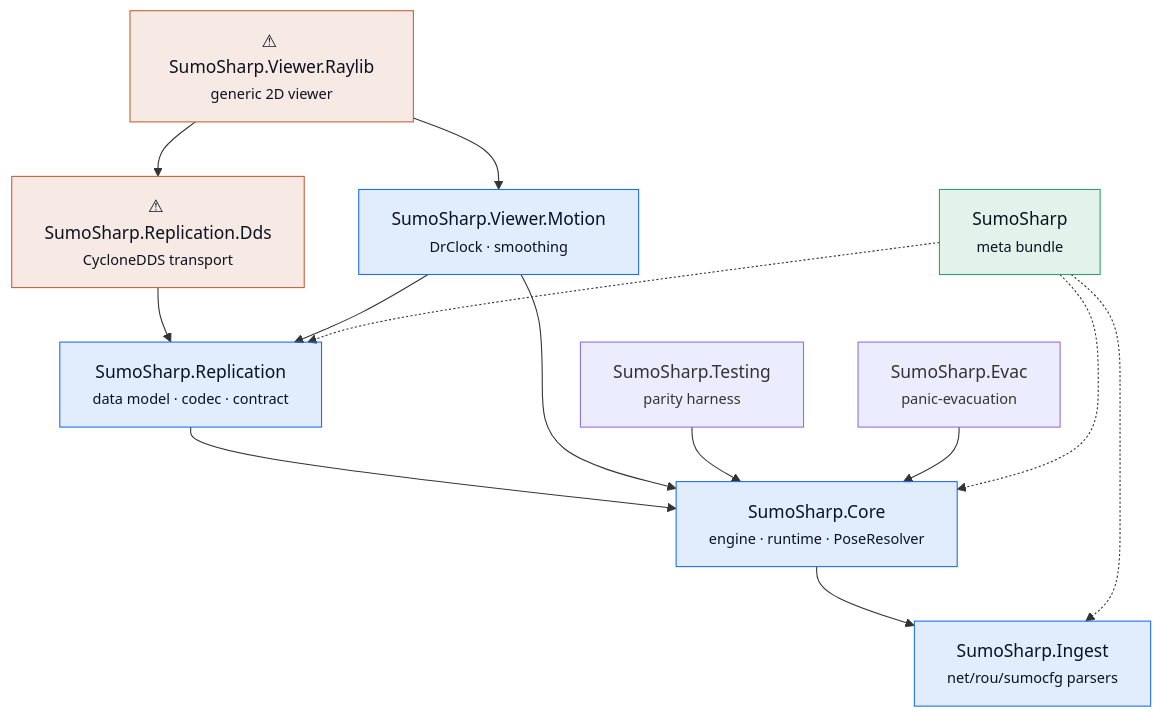
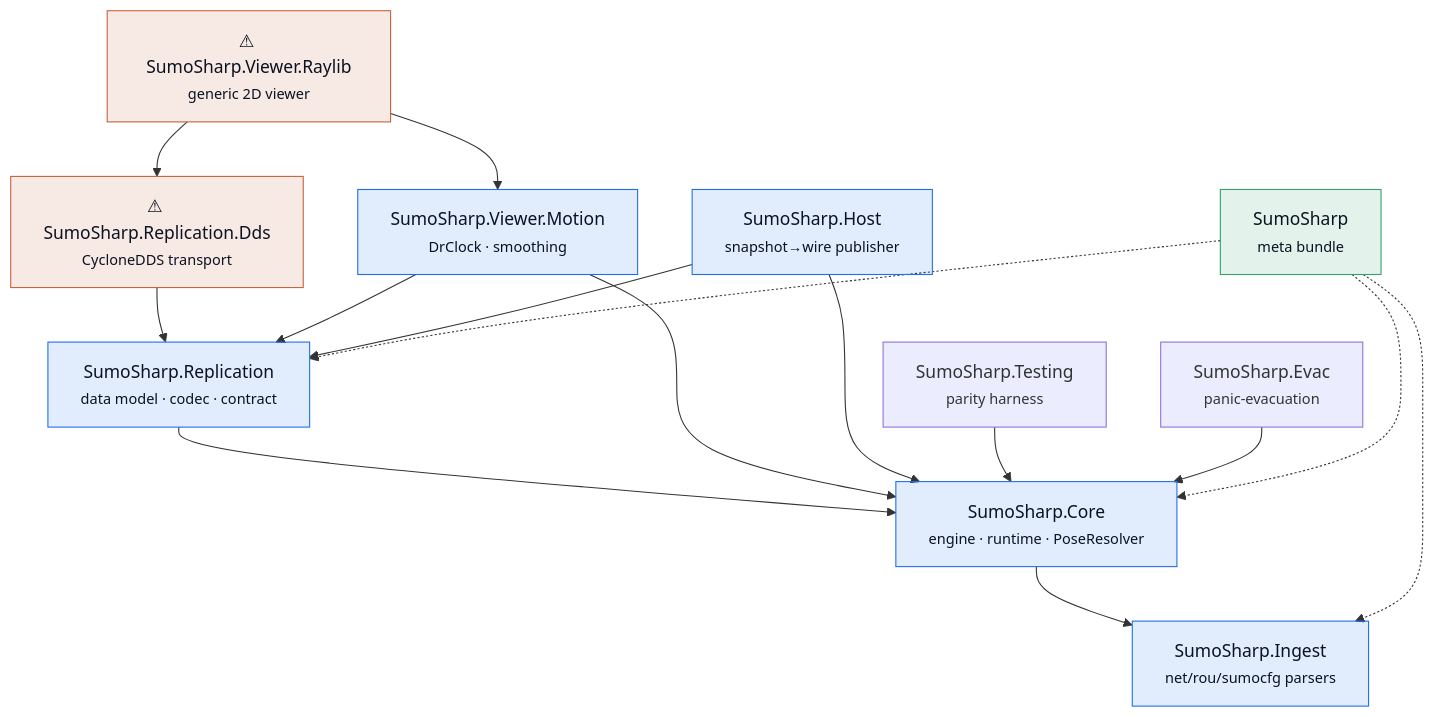
One commit to pjanec/SUMO.NET changed the first of 4 diagrams in docs/PACKAGES.md. Above: the diagram before and after it, drawn with Mermaid. The commit also changed other lines of this file and 7 other files, not shown here.

````diff
--- a/docs/PACKAGES.md
+++ b/docs/PACKAGES.md
@@ -21,22 +21,24 @@
 ```mermaid
 flowchart TD
     Core["SumoSharp.Core<br/><small>engine · runtime · PoseResolver</small>"] --> Ingest["SumoSharp.Ingest<br/><small>net/rou/sumocfg parsers</small>"]
     Repl["SumoSharp.Replication<br/><small>data model · codec · contract</small>"] --> Core
     Dds["⚠ SumoSharp.Replication.Dds<br/><small>CycloneDDS transport</small>"] --> Repl
     Motion["SumoSharp.Viewer.Motion<br/><small>DrClock · smoothing</small>"] --> Core
     Motion --> Repl
     Raylib["⚠ SumoSharp.Viewer.Raylib<br/><small>generic 2D viewer</small>"] --> Motion
     Raylib --> Dds
+    Host["SumoSharp.Host<br/><small>snapshot→wire publisher</small>"] --> Core
+    Host --> Repl
     Testing["SumoSharp.Testing<br/><small>parity harness</small>"] --> Core
     Evac["SumoSharp.Evac<br/><small>panic-evacuation</small>"] --> Core
     Meta["SumoSharp<br/><small>meta bundle</small>"] -.-> Core
     Meta -.-> Ingest
     Meta -.-> Repl
 
     classDef portable fill:#1f6feb22,stroke:#1f6feb,color:#0b1220;
     classDef native fill:#c4623b22,stroke:#c4623b,color:#0b1220;
     classDef meta fill:#2fa36b22,stroke:#2fa36b,color:#0b1220;
-    class Core,Ingest,Repl,Motion portable;
+    class Core,Ingest,Repl,Motion,Host portable;
     class Dds,Raylib native;
     class Meta meta;
 ```
````
